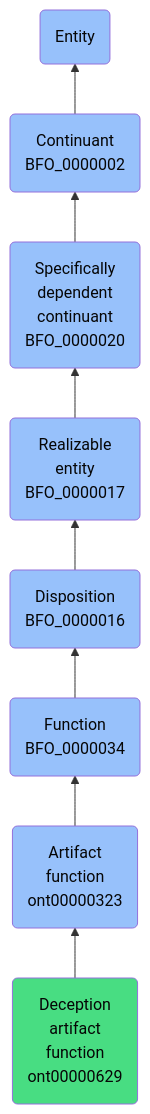
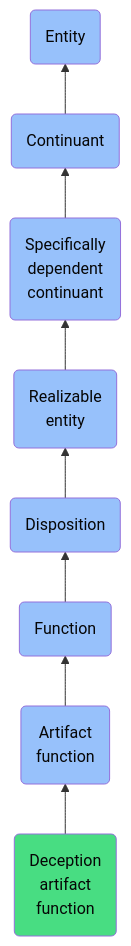
One commit to jupyter-naas/abi changed the diagram in docs/ontology/reference/model/Entity/Continuant/Specifically dependent continuant/Realizable entity/Disposition/Function/Artifact function/Deception artifact function/Deception artifact function.md. Above: the diagram before and after it, drawn with Mermaid. The commit also changed other lines of this file and 1430 other files, not shown here.

````diff
--- a/docs/ontology/reference/model/Entity/Continuant/Specifically dependent continuant/Realizable entity/Disposition/Function/Artifact function/Deception artifact function/Deception artifact function.md
+++ b/docs/ontology/reference/model/Entity/Continuant/Specifically dependent continuant/Realizable entity/Disposition/Function/Artifact function/Deception artifact function/Deception artifact function.md
@@ -24,15 +24,15 @@
 ```mermaid
 graph BT
-    ont00000629(Deception<br>artifact<br>function<br>ont00000629):::ABI-->ont00000323
-    ont00000323(Artifact<br>function<br>ont00000323):::BFO-->BFO_0000034
-    BFO_0000034(Function<br>BFO_0000034):::BFO-->BFO_0000016
-    BFO_0000016(Disposition<br>BFO_0000016):::BFO-->BFO_0000017
-    BFO_0000017(Realizable<br>entity<br>BFO_0000017):::BFO-->BFO_0000020
-    BFO_0000020(Specifically<br>dependent<br>continuant<br>BFO_0000020):::BFO-->BFO_0000002
-    BFO_0000002(Continuant<br>BFO_0000002):::BFO-->BFO_0000001
+    ont00000629(Deception<br>artifact<br>function):::ABI-->ont00000323
+    ont00000323(Artifact<br>function):::BFO-->BFO_0000034
+    BFO_0000034(Function):::BFO-->BFO_0000016
+    BFO_0000016(Disposition):::BFO-->BFO_0000017
+    BFO_0000017(Realizable<br>entity):::BFO-->BFO_0000020
+    BFO_0000020(Specifically<br>dependent<br>continuant):::BFO-->BFO_0000002
+    BFO_0000002(Continuant):::BFO-->BFO_0000001
     BFO_0000001(Entity):::BFO
     
     classDef BFO fill:#97c1fb,color:#060606
     classDef CCO fill:#e4c51e,color:#060606
     classDef ABI fill:#48DD82,color:#060606
 ```
````
